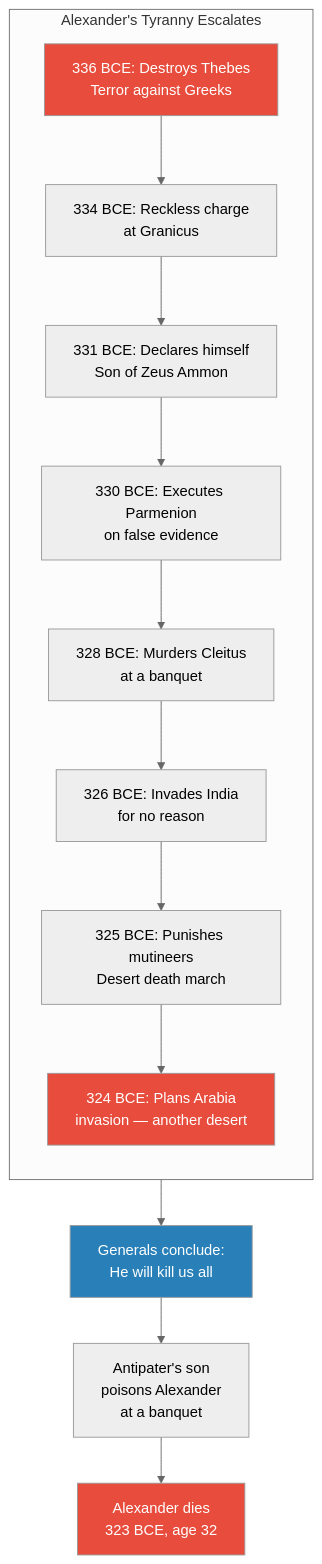
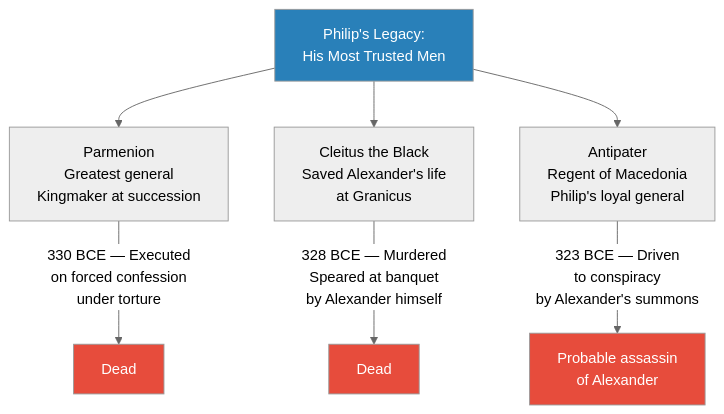
The fifth of 7 diagrams in summaries/Lectures/Civilization/12 - The Tyranny of Alexander the Great.md (alius33/reader), drawn with Mermaid (neutral theme) before and after one commit. The commit also changed other lines of this file and 26 other files, not shown here.

````diff
--- a/summaries/Lectures/Civilization/12 - The Tyranny of Alexander the Great.md
+++ b/summaries/Lectures/Civilization/12 - The Tyranny of Alexander the Great.md
@@ -336,22 +275,14 @@
 ```mermaid
 flowchart TB
-    subgraph Escalation["Alexander's Tyranny Escalates"]
-        direction TB
-        T1["336 BCE: Destroys Thebes<br/>Terror against Greeks"]
-        T2["334 BCE: Reckless charge<br/>at Granicus"]
-        T3["331 BCE: Declares himself<br/>Son of Zeus Ammon"]
-        T4["330 BCE: Executes Parmenion<br/>on false evidence"]
-        T5["328 BCE: Murders Cleitus<br/>at a banquet"]
-        T6["326 BCE: Invades India<br/>for no reason"]
-        T7["325 BCE: Punishes mutineers<br/>Desert death march"]
-        T8["324 BCE: Plans Arabia<br/>invasion — another desert"]
-        T1 --> T2 --> T3 --> T4 --> T5 --> T6 --> T7 --> T8
-    end
-    T8 --> A["Generals conclude:<br/>He will kill us all"]
-    A --> P["Antipater's son<br/>poisons Alexander<br/>at a banquet"]
-    P --> D["Alexander dies<br/>323 BCE, age 32"]
-    style T1 fill:#e74c3c,color:#fff
-    style T8 fill:#e74c3c,color:#fff
-    style D fill:#e74c3c,color:#fff
-    style A fill:#2980b9,color:#fff
+    PH["Philip's Legacy:<br/>His Most Trusted Men"]
+    PH --> PA["Parmenion<br/>Greatest general<br/>Kingmaker at succession"]
+    PH --> CL["Cleitus the Black<br/>Saved Alexander's life<br/>at Granicus"]
+    PH --> AN["Antipater<br/>Regent of Macedonia<br/>Philip's loyal general"]
+    PA -->|"330 BCE — Executed<br/>on forced confession<br/>under torture"| D1["Dead"]
+    CL -->|"328 BCE — Murdered<br/>Speared at banquet<br/>by Alexander himself"| D2["Dead"]
+    AN -->|"323 BCE — Driven<br/>to conspiracy<br/>by Alexander's summons"| D3["Probable assassin<br/>of Alexander"]
+    style PH fill:#2980b9,color:#fff
+    style D1 fill:#e74c3c,color:#fff
+    style D2 fill:#e74c3c,color:#fff
+    style D3 fill:#e74c3c,color:#fff
 ```
````
